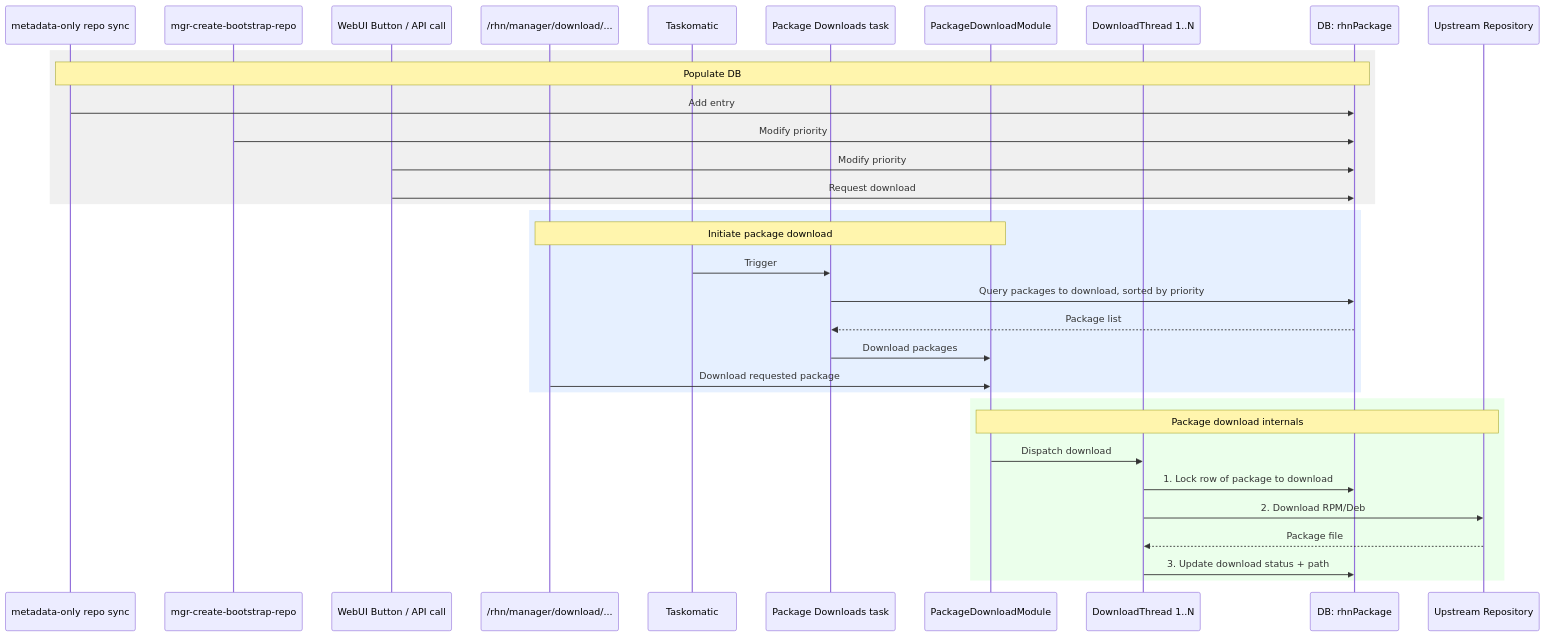
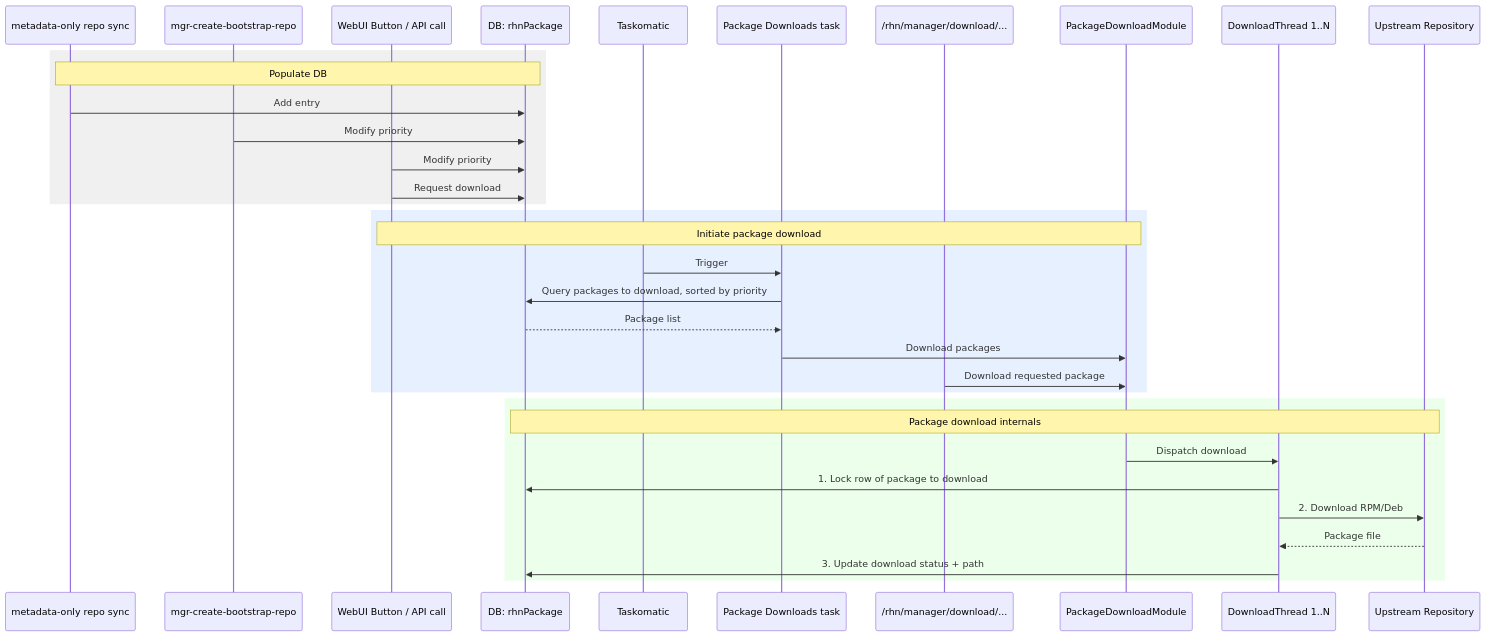
The first of 2 diagrams in diagrams2.md (agraul/uyuni), drawn with Mermaid before and after one commit. The commit also changed other lines of this file and 1 other file, not shown here.

Commit message:
update diagrams

````diff
--- a/diagrams2.md
+++ b/diagrams2.md
@@ -5,39 +5,39 @@
 ```mermaid
 sequenceDiagram
     participant Reposync as metadata-only repo sync
     participant Bootstrap as mgr-create-bootstrap-repo
     participant WebUI as WebUI Button / API call
-    participant Endpoint as /rhn/manager/download/...
+    participant DB as DB: rhnPackage
     participant Taskomatic
     participant Task as Package Downloads task
+    participant Endpoint as /rhn/manager/download/...
     participant Module as PackageDownloadModule
     participant Thread as DownloadThread 1..N
-    participant DB as DB: rhnPackage
     participant Upstream as Upstream Repository
 
     rect rgb(240, 240, 240)
     Note over Reposync,DB: Populate DB
     Reposync->>DB: Add entry
     Bootstrap->>DB: Modify priority
     WebUI->>DB: Modify priority
     WebUI->>DB: Request download
     end
 
     rect rgb(230, 240, 255)
-    Note over Endpoint,Module: Initiate package download
+    Note over WebUI,Module: Initiate package download
     Taskomatic->>Task: Trigger
     Task->>DB: Query packages to download, sorted by priority
     DB-->>Task: Package list
     Task->>Module: Download packages
     Endpoint->>Module: Download requested package
     end
 
     rect rgb(235, 255, 235)
-    Note over Module,Upstream: Package download internals
+    Note over DB,Upstream: Package download internals
     Module->>Thread: Dispatch download
     Thread->>DB: 1. Lock row of package to download
     Thread->>Upstream: 2. Download RPM/Deb
     Upstream-->>Thread: Package file
     Thread->>DB: 3. Update download status + path
     end
 ```
````
